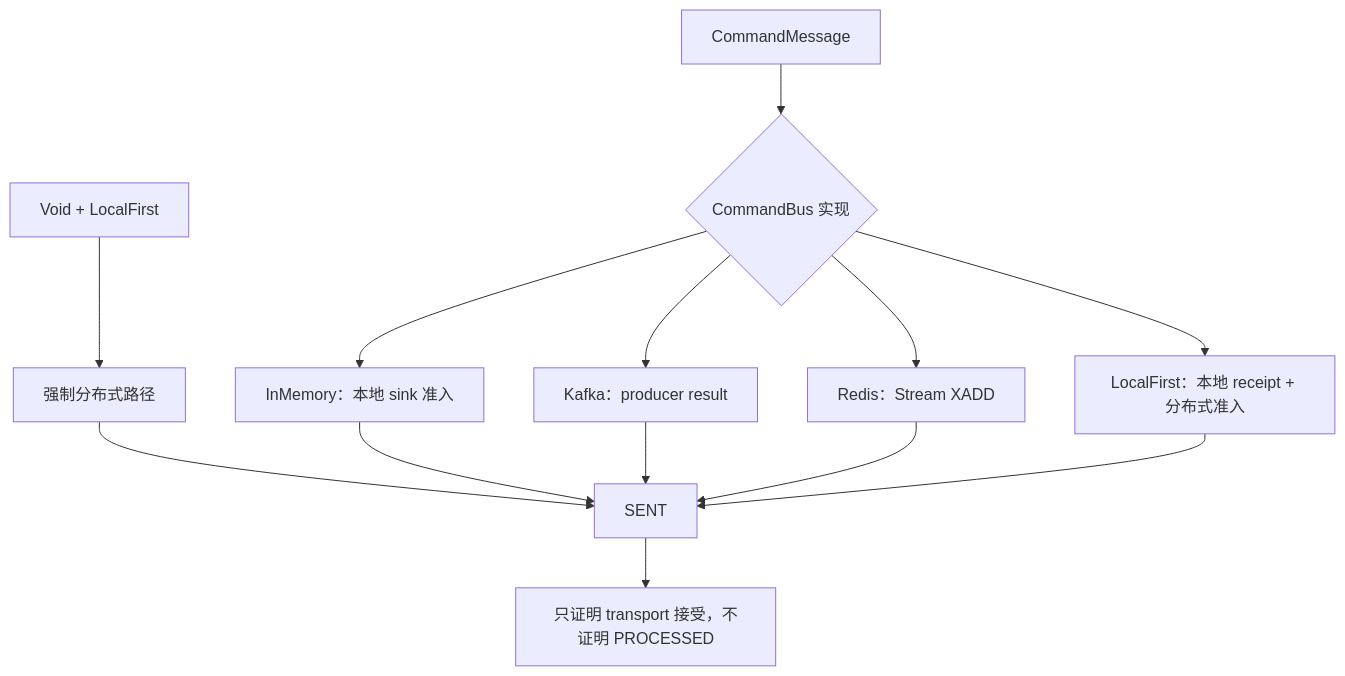
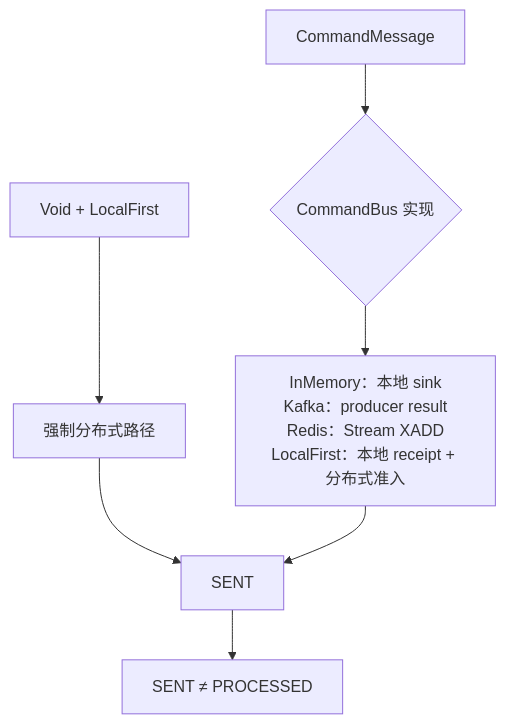
Before and after one commit to Ahoo-Wang/Wow: the diagram in documentation/docs/zh/guide/command/internals/transport.md, drawn with Mermaid. The commit also changed 19 other files, not shown here.

Commit message:
docs: improve Mermaid diagram readability

````diff
--- a/documentation/docs/zh/guide/command/internals/transport.md
+++ b/documentation/docs/zh/guide/command/internals/transport.md
@@ -13,15 +13,9 @@
 ```mermaid
 flowchart TB
     Command["CommandMessage"] --> Transport{"CommandBus 实现"}
-    Transport --> InMemory["InMemory：本地 sink 准入"]
-    Transport --> Kafka["Kafka：producer result"]
-    Transport --> Redis["Redis：Stream XADD"]
-    Transport --> LocalFirst["LocalFirst：本地 receipt + 分布式准入"]
+    Transport --> Evidence["InMemory：本地 sink<br/>Kafka：producer result<br/>Redis：Stream XADD<br/>LocalFirst：本地 receipt + 分布式准入"]
     Void["Void + LocalFirst"] --> Distributed["强制分布式路径"]
     Distributed --> Sent
-    InMemory --> Sent["SENT"]
-    Kafka --> Sent
-    Redis --> Sent
-    LocalFirst --> Sent
-    Sent --> Boundary["只证明 transport 接受，不证明 PROCESSED"]
+    Evidence --> Sent["SENT"]
+    Sent --> Boundary["SENT ≠ PROCESSED"]
 ```
````
